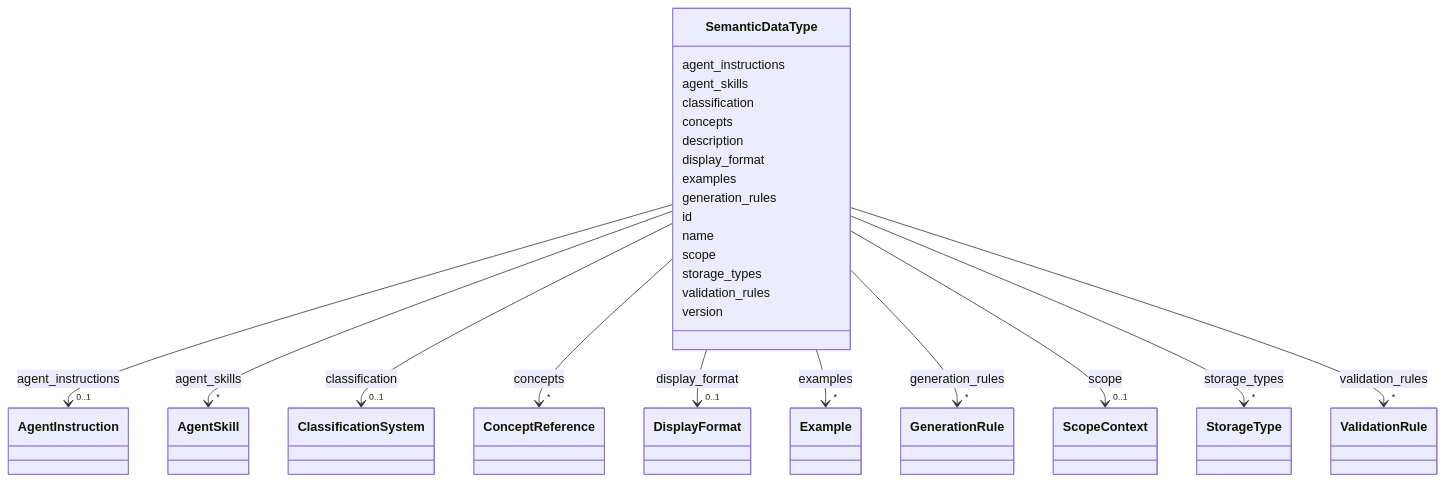
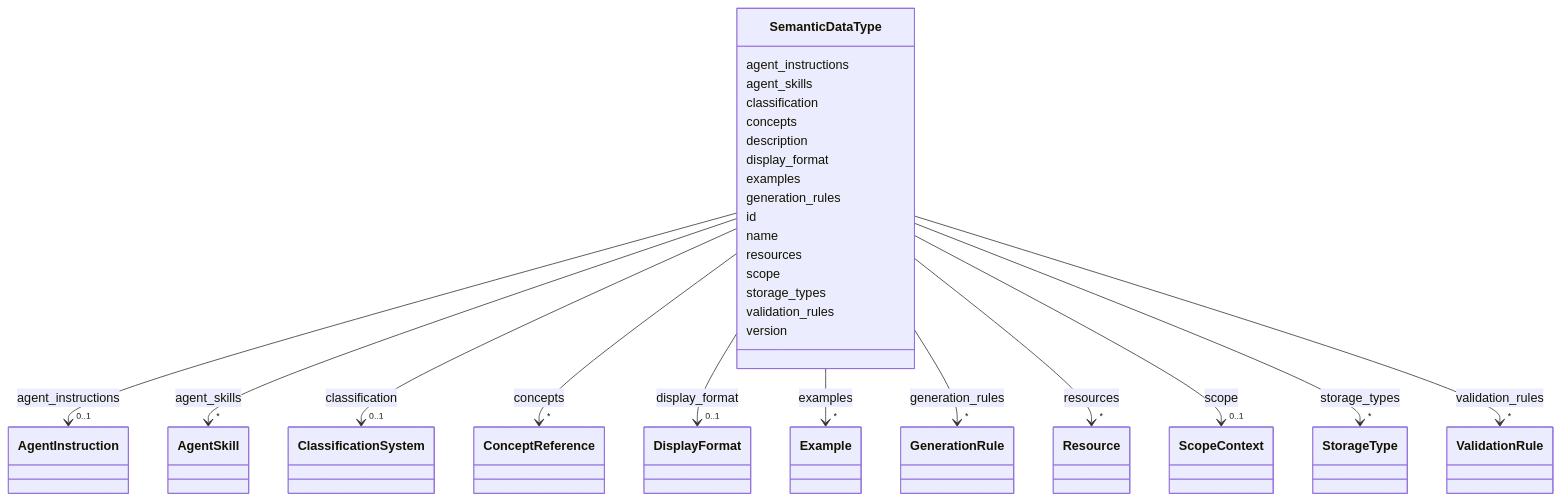
One commit to DataArtifex/dartfx-semanticdt changed the diagram in linkml/dev/docs/SemanticDataType.md. Above: the diagram before and after it, drawn with Mermaid. The commit also changed other lines of this file and 29 other files, not shown here.

Commit message:
feat: update SDT schema, synchronize code models, and expand documentation suite.

```diff
--- a/linkml/dev/docs/SemanticDataType.md
+++ b/linkml/dev/docs/SemanticDataType.md
@@ -107,6 +107,17 @@
 
       SemanticDataType : name
 
+      SemanticDataType : resources
+
+
+
+
+
+        SemanticDataType --> "*" Resource : resources
+        click Resource href "../Resource/"
+
+
+
       SemanticDataType : scope
 
 
```
